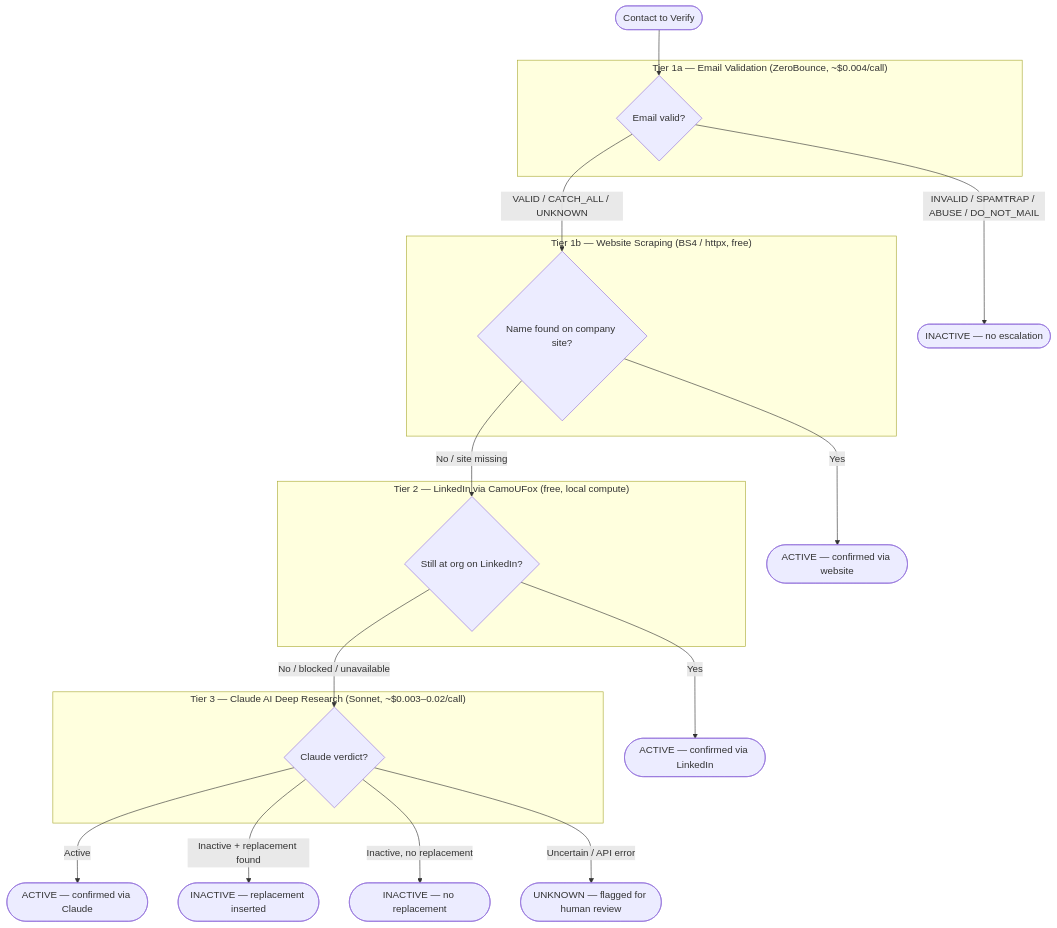
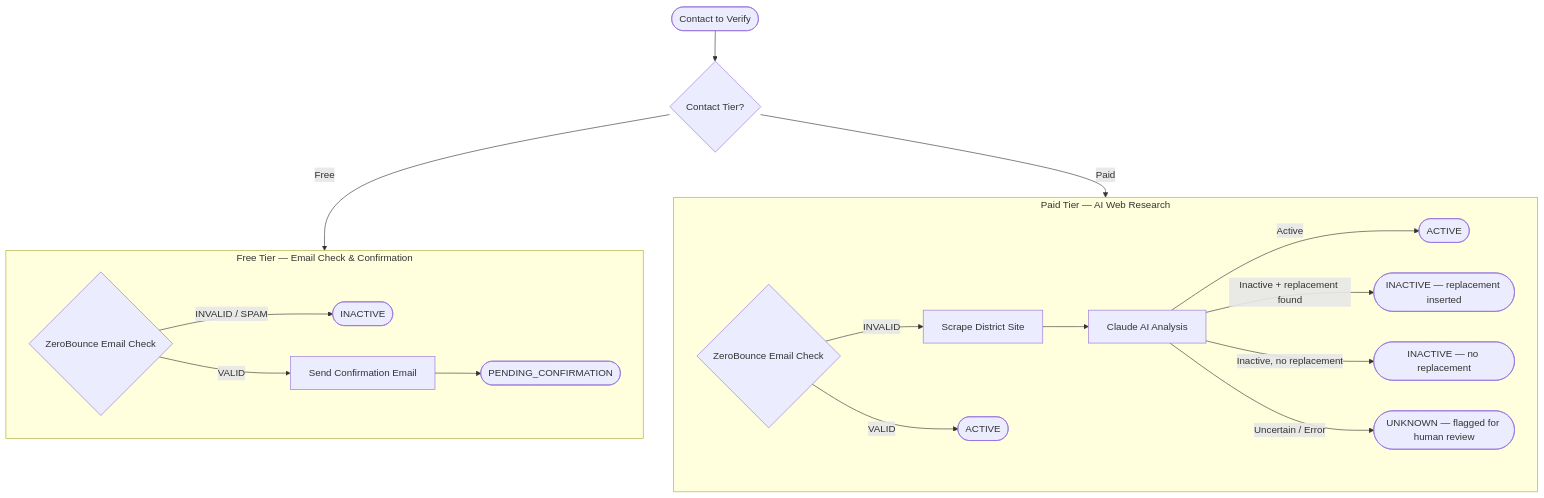
Before and after one commit to 0-robert/com-winner: the second of 3 diagrams in README.md, drawn with Mermaid. The commit also changed other lines of this file and 18 other files, not shown here.

````diff
--- a/README.md
+++ b/README.md
@@ -83,34 +83,26 @@
 ```mermaid
 flowchart TD
-    START([Contact to Verify]) --> T1A
+    START([Contact to Verify]) --> TIER_CHECK{Contact Tier?}
 
-    subgraph Tier1A ["Tier 1a — Email Validation (ZeroBounce, ~$0.004/call)"]
-        T1A{Email valid?}
+    TIER_CHECK -->|Free| FREE_TIER
+    TIER_CHECK -->|Paid| PAID_TIER
+
+    subgraph FREE_TIER ["Free Tier — Email Check & Confirmation"]
+        E_CHECK{ZeroBounce Email Check}
+        E_CHECK -->|INVALID / SPAM| INACTIVE_EMAIL([INACTIVE])
+        E_CHECK -->|VALID| SEND_CONFIRM[Send Confirmation Email]
+        SEND_CONFIRM --> PENDING([PENDING_CONFIRMATION])
     end
 
-    T1A -->|INVALID / SPAMTRAP / ABUSE / DO_NOT_MAIL| INACTIVE_EMAIL([INACTIVE — no escalation])
-    T1A -->|VALID / CATCH_ALL / UNKNOWN| T1B
-
-    subgraph Tier1B ["Tier 1b — Website Scraping (BS4 / httpx, free)"]
-        T1B{Name found on company site?}
+    subgraph PAID_TIER ["Paid Tier — AI Web Research"]
+        P_CHECK{ZeroBounce Email Check}
+        P_CHECK -->|INVALID| SCRAPE_SITE[Scrape District Site]
+        P_CHECK -->|VALID| ACTIVE_SCRAPE([ACTIVE])
+        SCRAPE_SITE --> CLAUDE[Claude AI Analysis]
+        
+        CLAUDE -->|Active| ACTIVE_AI([ACTIVE])
+        CLAUDE -->|Inactive + replacement found| INACTIVE_REPLACE([INACTIVE — replacement inserted])
+        CLAUDE -->|Inactive, no replacement| INACTIVE_NO([INACTIVE — no replacement])
+        CLAUDE -->|Uncertain / Error| HUMAN([UNKNOWN — flagged for human review])
     end
-
-    T1B -->|Yes| ACTIVE_SCRAPE([ACTIVE — confirmed via website])
-    T1B -->|No / site missing| T2
-
-    subgraph Tier2 ["Tier 2 — LinkedIn via CamoUFox (free, local compute)"]
-        T2{Still at org on LinkedIn?}
-    end
-
-    T2 -->|Yes| ACTIVE_LI([ACTIVE — confirmed via LinkedIn])
-    T2 -->|No / blocked / unavailable| T3
-
-    subgraph Tier3 ["Tier 3 — Claude AI Deep Research (Sonnet, ~$0.003–0.02/call)"]
-        T3{Claude verdict?}
-    end
-
-    T3 -->|Active| ACTIVE_AI([ACTIVE — confirmed via Claude])
-    T3 -->|Inactive + replacement found| INACTIVE_REPLACE([INACTIVE — replacement inserted])
-    T3 -->|Inactive, no replacement| INACTIVE_NO([INACTIVE — no replacement])
-    T3 -->|Uncertain / API error| HUMAN([UNKNOWN — flagged for human review])
 ```
````
